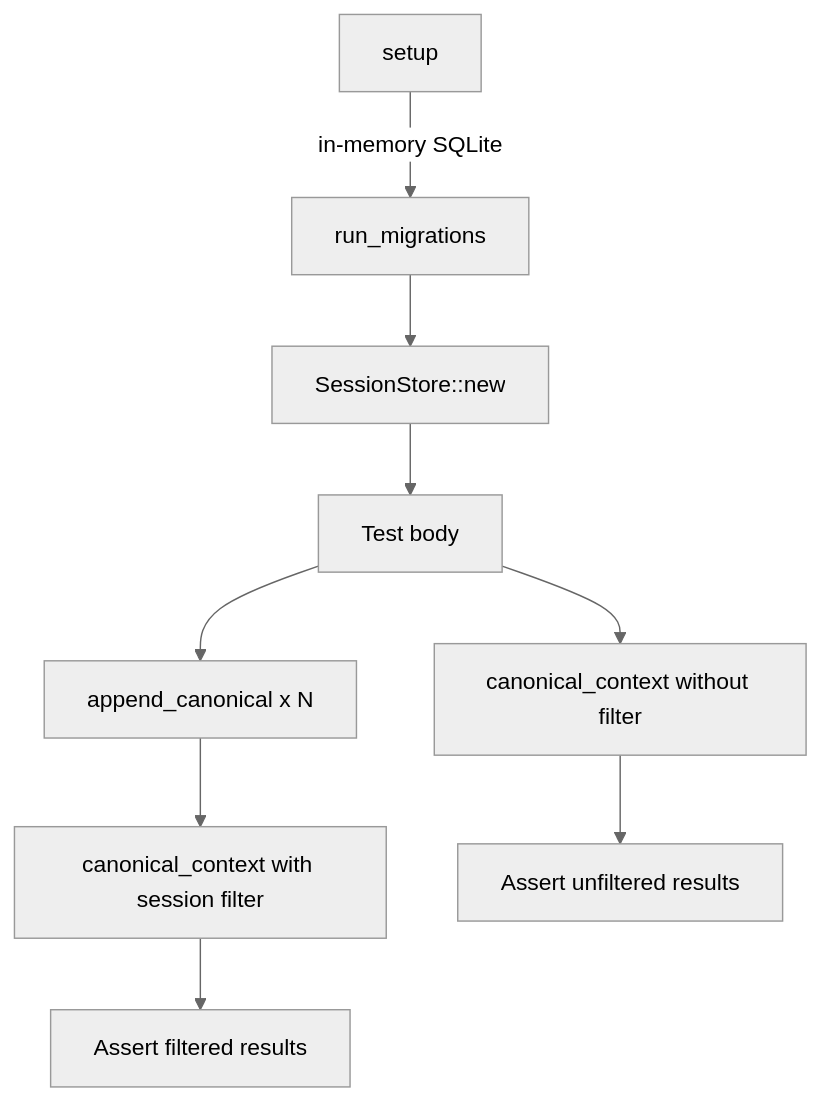
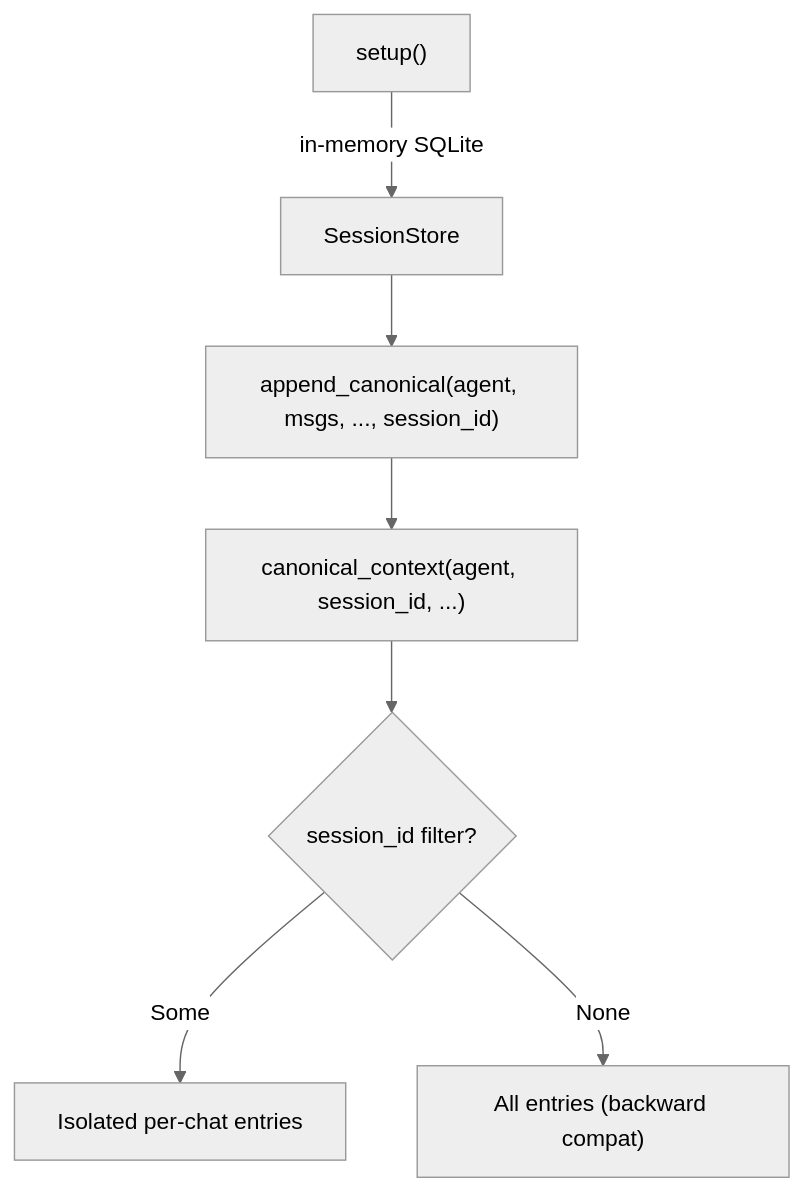
The diagram in other-librefang-memory-tests.md (leszek3737/librefang-WIki), drawn with Mermaid (neutral theme) before and after one commit. The commit also changed other lines of this file and 100 other files, not shown here.

````diff
--- a/other-librefang-memory-tests.md
+++ b/other-librefang-memory-tests.md
@@ -91,11 +13,9 @@
 ```mermaid
 flowchart TD
-    A[setup] -->|in-memory SQLite| B[run_migrations]
-    B --> C[SessionStore::new]
-    C --> D[Test body]
-    D --> E[append_canonical x N]
-    E --> F[canonical_context with session filter]
-    F --> G[Assert filtered results]
-    D --> H[canonical_context without filter]
-    H --> I[Assert unfiltered results]
+    A["setup()"] -->|in-memory SQLite| B["SessionStore"]
+    B --> C["append_canonical(agent, msgs, ..., session_id)"]
+    C --> D["canonical_context(agent, session_id, ...)"]
+    D --> E{"session_id filter?"}
+    E -->|Some| F["Isolated per-chat entries"]
+    E -->|None| G["All entries (backward compat)"]
 ```
````
